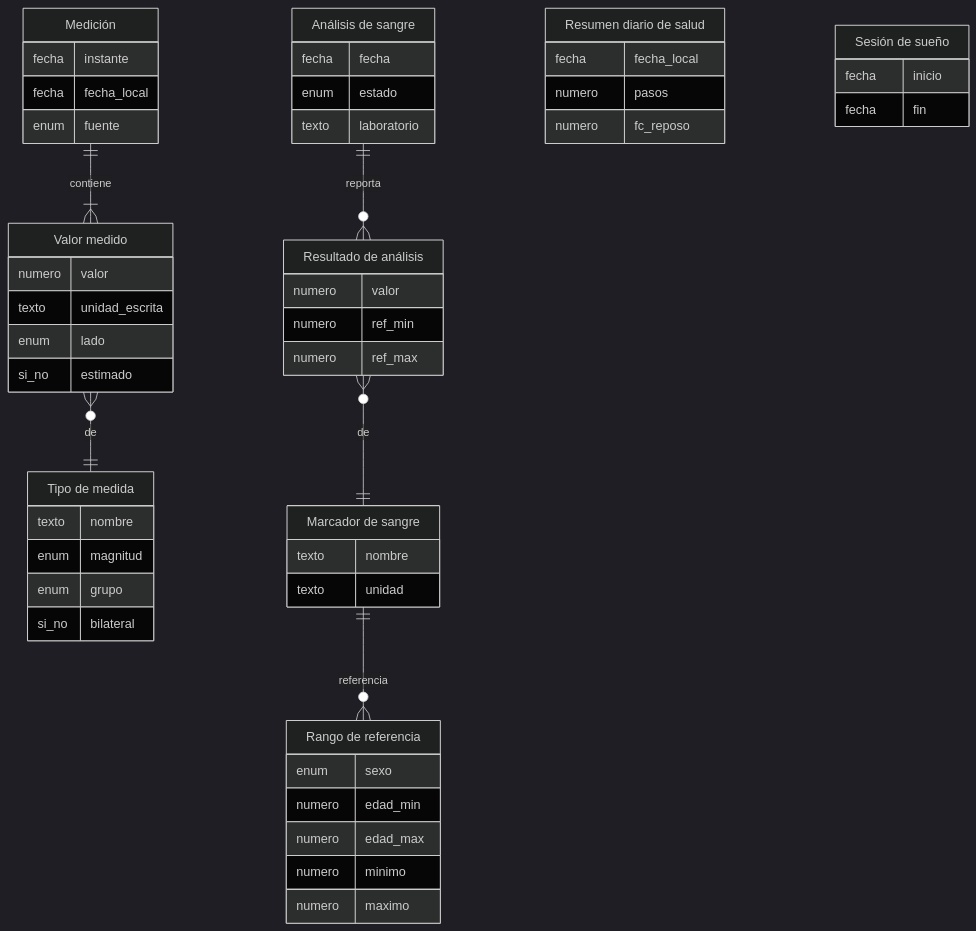
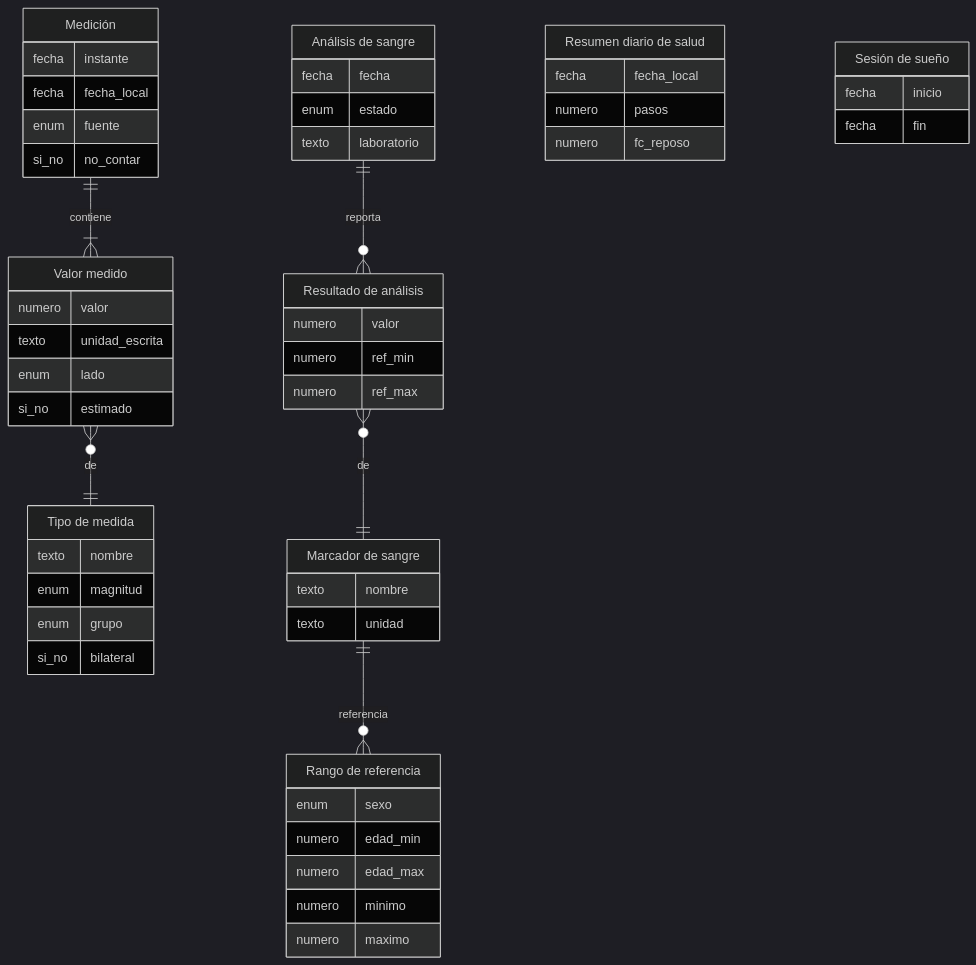
Before and after one commit to FrancisG01/coach-fitness-ai: the fourth of 9 diagrams in docs/database/modelo-conceptual.md, drawn with Mermaid (dark theme). The commit also changed other lines of this file and 40 other files, not shown here.

````diff
--- a/docs/database/modelo-conceptual.md
+++ b/docs/database/modelo-conceptual.md
@@ -289,56 +289,57 @@
 ```mermaid
 erDiagram
   TIPO_MEDIDA["Tipo de medida"] {
     texto nombre
     enum magnitud
     enum grupo
     si_no bilateral
   }
   MEDICION["Medición"] {
     fecha instante
     fecha fecha_local
     enum fuente
+    si_no no_contar
   }
   VALOR["Valor medido"] {
     numero valor
     texto unidad_escrita
     enum lado
     si_no estimado
   }
   MARCADOR["Marcador de sangre"] {
     texto nombre
     texto unidad
   }
   RANGO["Rango de referencia"] {
     enum sexo
     numero edad_min
     numero edad_max
     numero minimo
     numero maximo
   }
   ANALISIS["Análisis de sangre"] {
     fecha fecha
     enum estado
     texto laboratorio
   }
   RESULTADO["Resultado de análisis"] {
     numero valor
     numero ref_min
     numero ref_max
   }
   RESUMEN_DIA["Resumen diario de salud"] {
     fecha fecha_local
     numero pasos
     numero fc_reposo
   }
   SUENO["Sesión de sueño"] {
     fecha inicio
     fecha fin
   }
 
   MEDICION ||--|{ VALOR : "contiene"
   VALOR }o--|| TIPO_MEDIDA : "de"
   ANALISIS ||--o{ RESULTADO : "reporta"
   RESULTADO }o--|| MARCADOR : "de"
   MARCADOR ||--o{ RANGO : "referencia"
 ```
````
